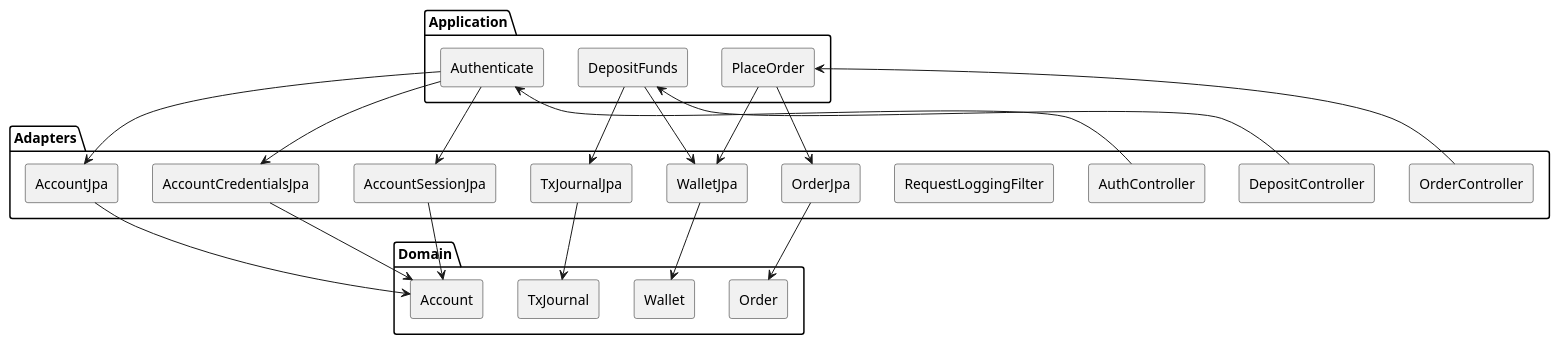
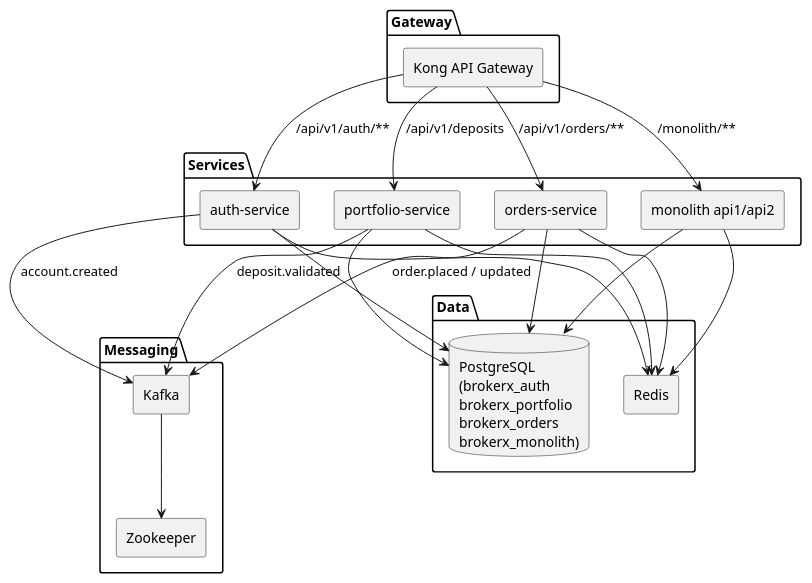
The diagram in brokerx/docs/architecture/views/component.puml (AymanZahir/brokerX-phase1), drawn with PlantUML before and after one commit. The commit also changed 19 other files, not shown here.

```diff
--- a/brokerx/docs/architecture/views/component.puml
+++ b/brokerx/docs/architecture/views/component.puml
@@ -1,48 +1,45 @@
 @startuml
 skinparam componentStyle rectangle
 
-package "Adapters" {
-  [AuthController]
-  [DepositController]
-  [OrderController]
-  [RequestLoggingFilter]
-  [AccountJpa]
-  [WalletJpa]
-  [OrderJpa]
-  [TxJournalJpa]
-  [AccountCredentialsJpa]
-  [AccountSessionJpa]
+package "Gateway" {
+  [Kong API Gateway]
 }
 
-package "Application" {
-  [Authenticate]
-  [DepositFunds]
-  [PlaceOrder]
+package "Services" {
+  [auth-service]
+  [portfolio-service]
+  [orders-service]
+  [monolith api1/api2]
 }
 
-package "Domain" {
-  [Account]
-  [Wallet]
-  [Order]
-  [TxJournal]
+package "Messaging" {
+  [Kafka]
+  [Zookeeper]
 }
 
-[AuthController] --> [Authenticate]
-[DepositController] --> [DepositFunds]
-[OrderController] --> [PlaceOrder]
-[Authenticate] --> [AccountJpa]
-[Authenticate] --> [AccountCredentialsJpa]
-[Authenticate] --> [AccountSessionJpa]
-[DepositFunds] --> [WalletJpa]
-[DepositFunds] --> [TxJournalJpa]
-[PlaceOrder] --> [WalletJpa]
-[PlaceOrder] --> [OrderJpa]
+package "Data" {
+  database "PostgreSQL\n(brokerx_auth\nbrokerx_portfolio\nbrokerx_orders\nbrokerx_monolith)" as PG
+  [Redis]
+}
 
-[AccountJpa] --> [Account]
-[WalletJpa] --> [Wallet]
-[OrderJpa] --> [Order]
-[TxJournalJpa] --> [TxJournal]
-[AccountCredentialsJpa] --> [Account]
-[AccountSessionJpa] --> [Account]
+[Kong API Gateway] --> [auth-service] : /api/v1/auth/**
+[Kong API Gateway] --> [portfolio-service] : /api/v1/deposits
+[Kong API Gateway] --> [orders-service] : /api/v1/orders/**
+[Kong API Gateway] --> [monolith api1/api2] : /monolith/**
+
+[auth-service] --> PG
+[portfolio-service] --> PG
+[orders-service] --> PG
+[monolith api1/api2] --> PG
+
+[auth-service] --> [Redis]
+[portfolio-service] --> [Redis]
+[orders-service] --> [Redis]
+[monolith api1/api2] --> [Redis]
+
+[auth-service] --> [Kafka] : account.created
+[portfolio-service] --> [Kafka] : deposit.validated
+[orders-service] --> [Kafka] : order.placed / updated
+[Kafka] --> [Zookeeper]
 
 @enduml
```
